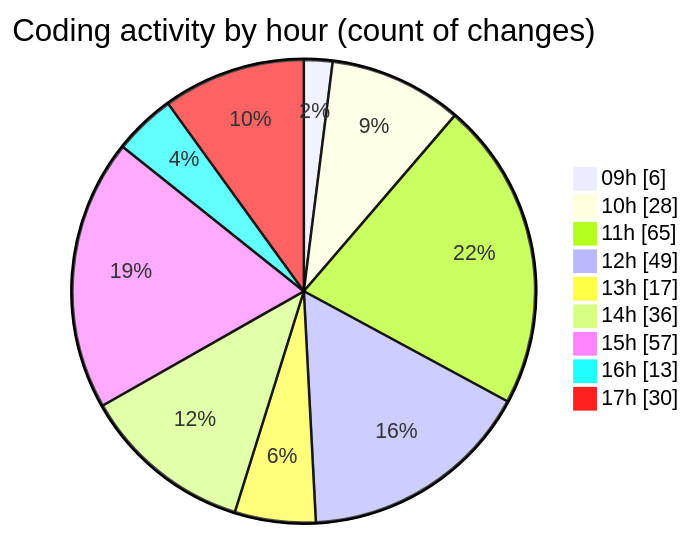
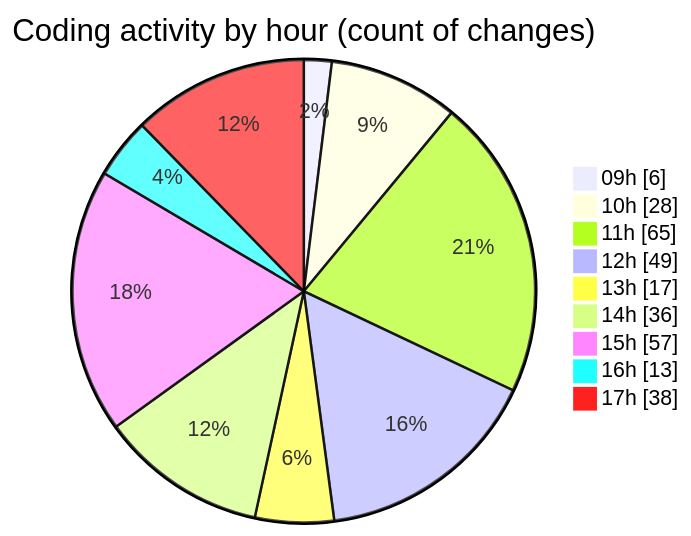
One commit to momahboobian/code-tracking changed the second of 2 diagrams in 2025-03-27/cda/README.md. Above: the diagram before and after it, drawn with Mermaid. The commit also changed other lines of this file and 1 other file, not shown here.

````diff
--- a/2025-03-27/cda/README.md
+++ b/2025-03-27/cda/README.md
@@ -36,13 +39,13 @@
 ```mermaid
 pie showData
 title Coding activity by hour (count of changes)
 "09h" : 6
 "10h" : 28
 "11h" : 65
 "12h" : 49
 "13h" : 17
 "14h" : 36
 "15h" : 57
 "16h" : 13
-"17h" : 30
+"17h" : 38
 ```
````
